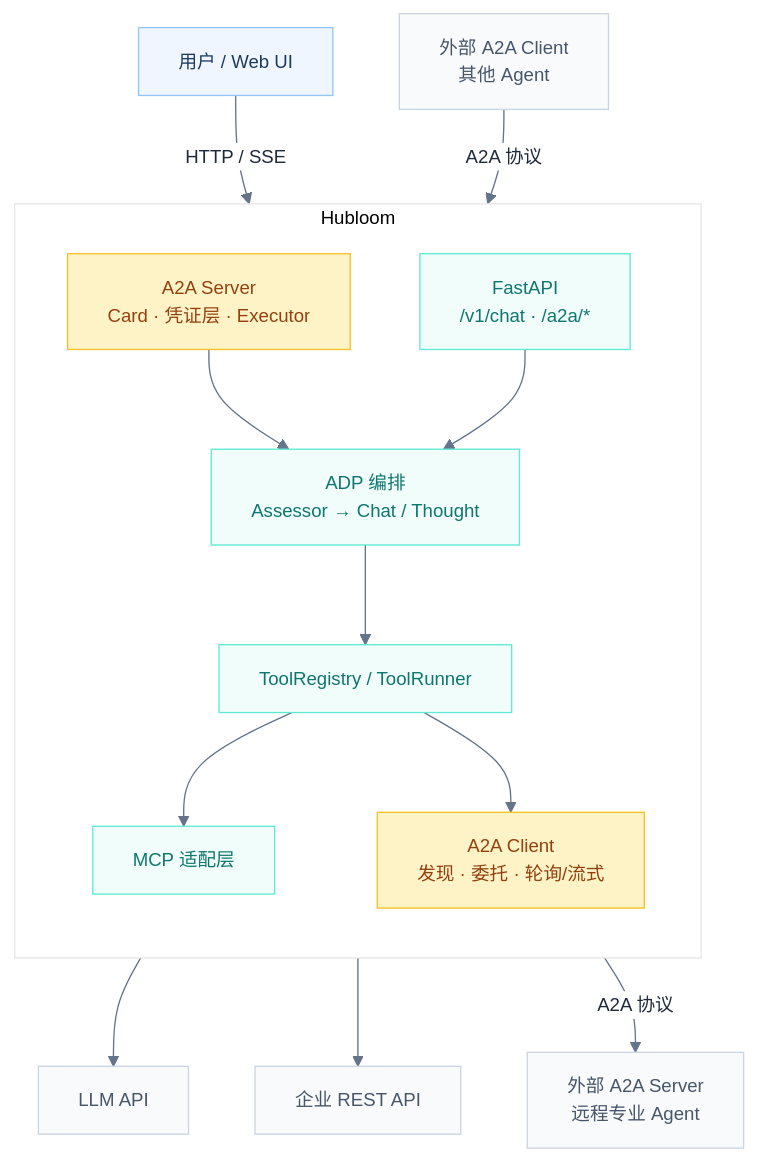
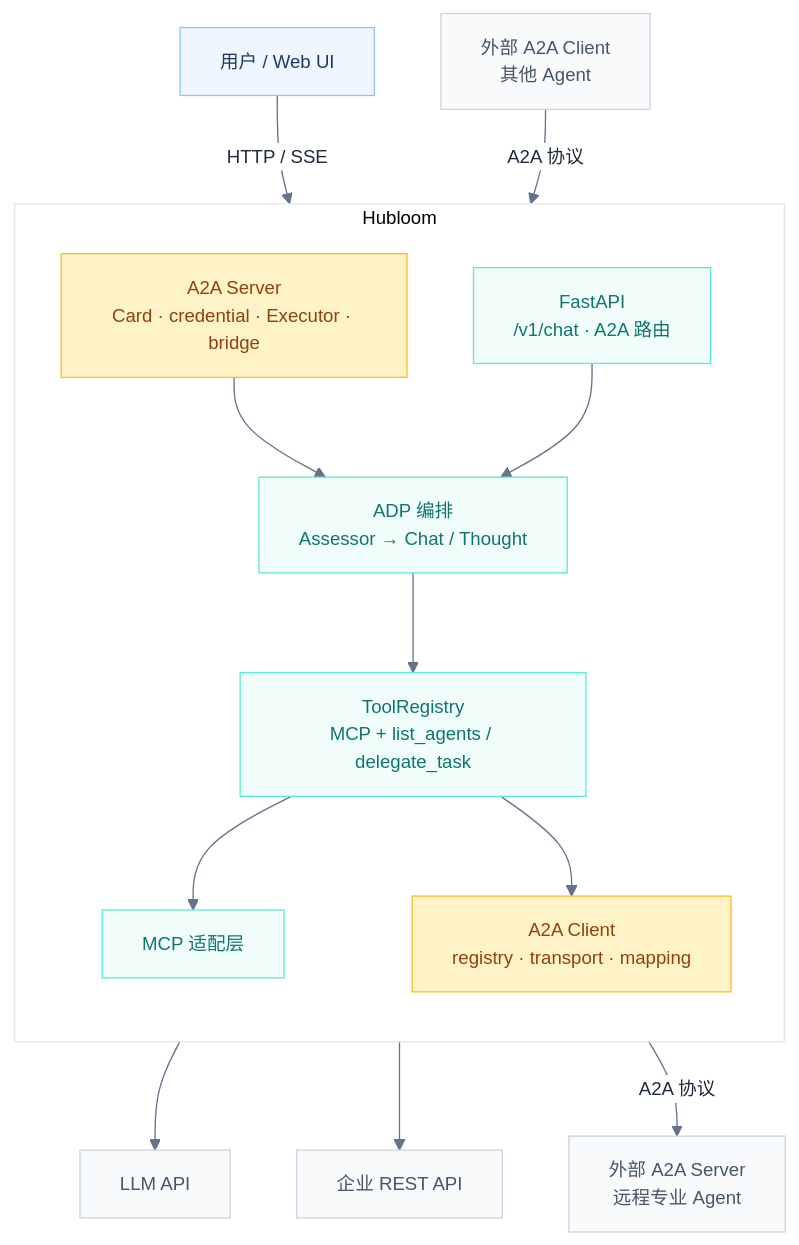
Before and after one commit to Zhong-y-j/Hubloom: the first of 3 diagrams in docs/Hubloom-A2A互联.md, drawn with Mermaid. The commit also changed other lines of this file and 19 other files, not shown here.

````diff
--- a/docs/Hubloom-A2A互联.md
+++ b/docs/Hubloom-A2A互联.md
@@ -45,41 +52,41 @@
 ```mermaid
 %%{init: {"theme":"base","themeVariables":{"background":"#ffffff","primaryColor":"#ffffff","primaryBorderColor":"#cbd5e1","primaryTextColor":"#1e293b","lineColor":"#64748b","fontSize":"14px"}}}%%
 flowchart TB
     U["用户 / Web UI"]
     EA["外部 A2A Client<br/>其他 Agent"]
     RA["外部 A2A Server<br/>远程专业 Agent"]
 
     subgraph H["Hubloom"]
         direction TB
-        API["FastAPI<br/>/v1/chat · /a2a/*"]
+        API["FastAPI<br/>/v1/chat · A2A 路由"]
         ADP["ADP 编排<br/>Assessor → Chat / Thought"]
-        TOOLS["ToolRegistry / ToolRunner"]
+        TOOLS["ToolRegistry<br/>MCP + list_agents / delegate_task"]
         MCP["MCP 适配层"]
-        A2AC["A2A Client<br/>发现 · 委托 · 轮询/流式"]
-        A2AS["A2A Server<br/>Card · 凭证层 · Executor"]
+        A2AC["A2A Client<br/>registry · transport · mapping"]
+        A2AS["A2A Server<br/>Card · credential · Executor · bridge"]
     end
 
     REST["企业 REST API"]
     LLM["LLM API"]
 
     U -->|"HTTP / SSE"| API
     EA -->|"A2A 协议"| A2AS
     A2AS --> ADP
     API --> ADP
     ADP --> LLM
     ADP --> TOOLS
     TOOLS --> MCP
     TOOLS --> A2AC
     MCP --> REST
     A2AC -->|"A2A 协议"| RA
 
     classDef user fill:#eff6ff,stroke:#93c5fd,color:#1e3a5f
     classDef hub fill:#f0fdfa,stroke:#5eead4,color:#0f766e
     classDef a2a fill:#fef3c7,stroke:#fbbf24,color:#92400e
     classDef ext fill:#f8fafc,stroke:#cbd5e1,color:#475569
 
     class U user
     class API,ADP,TOOLS,MCP hub
     class A2AC,A2AS a2a
     class EA,RA,REST,LLM ext
 ```
````
